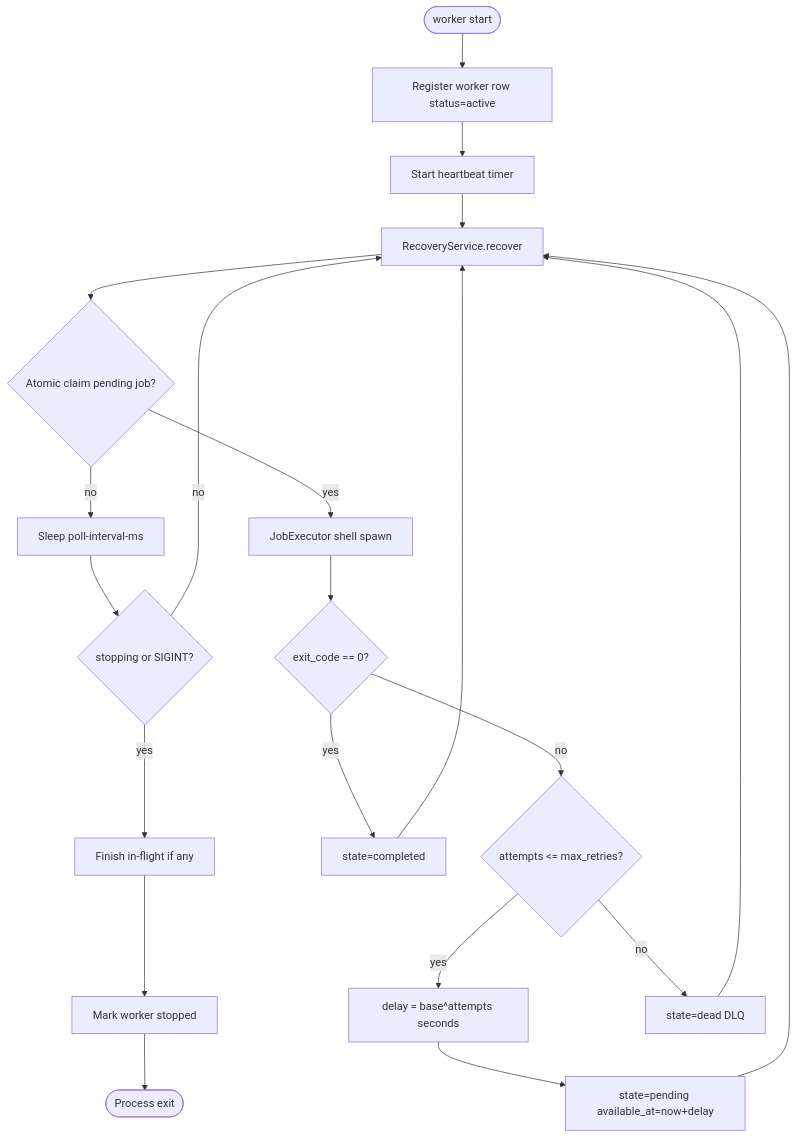
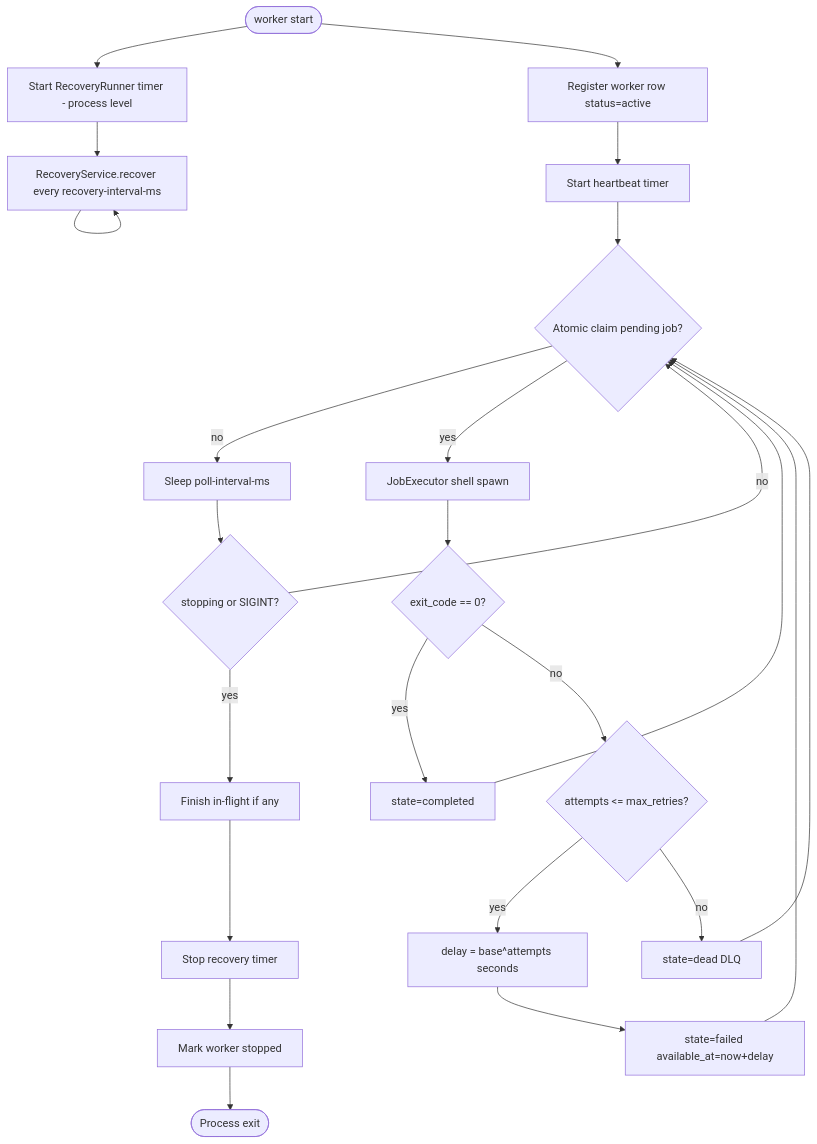
Before and after one commit to tejash05/queuectl: the third of 10 diagrams in docs/architecture.md, drawn with Mermaid. The commit also changed other lines of this file and 25 other files, not shown here.

````diff
--- a/docs/architecture.md
+++ b/docs/architecture.md
@@ -103,28 +106,32 @@
 ```mermaid
 flowchart TB
-  Start([worker start]) --> Register[Register worker row status=active]
+  Start([worker start]) --> Runner[Start RecoveryRunner timer - process level]
+  Start --> Register[Register worker row status=active]
   Register --> Heartbeat[Start heartbeat timer]
-  Heartbeat --> Recover[RecoveryService.recover]
-  Recover --> Claim{Atomic claim pending job?}
+  Heartbeat --> Claim{Atomic claim pending job?}
+
+  Runner --> RecoverTick[RecoveryService.recover every recovery-interval-ms]
+  RecoverTick --> RecoverTick
 
   Claim -->|no| Idle[Sleep poll-interval-ms]
   Idle --> StopCheck{stopping or SIGINT?}
-  StopCheck -->|no| Recover
+  StopCheck -->|no| Claim
   StopCheck -->|yes| Drain[Finish in-flight if any]
-  Drain --> MarkStopped[Mark worker stopped]
+  Drain --> StopRunner[Stop recovery timer]
+  StopRunner --> MarkStopped[Mark worker stopped]
   MarkStopped --> Exit([Process exit])
 
   Claim -->|yes| Execute[JobExecutor shell spawn]
   Execute --> Success{exit_code == 0?}
 
   Success -->|yes| Complete[state=completed]
-  Complete --> Recover
+  Complete --> Claim
 
   Success -->|no| RetryCheck{attempts <= max_retries?}
   RetryCheck -->|yes| Backoff[delay = base^attempts seconds]
-  Backoff --> PendingDelay[state=pending available_at=now+delay]
-  PendingDelay --> Recover
+  Backoff --> FailedDelay[state=failed available_at=now+delay]
+  FailedDelay --> Claim
 
   RetryCheck -->|no| Dead[state=dead DLQ]
-  Dead --> Recover
+  Dead --> Claim
 ```
````
